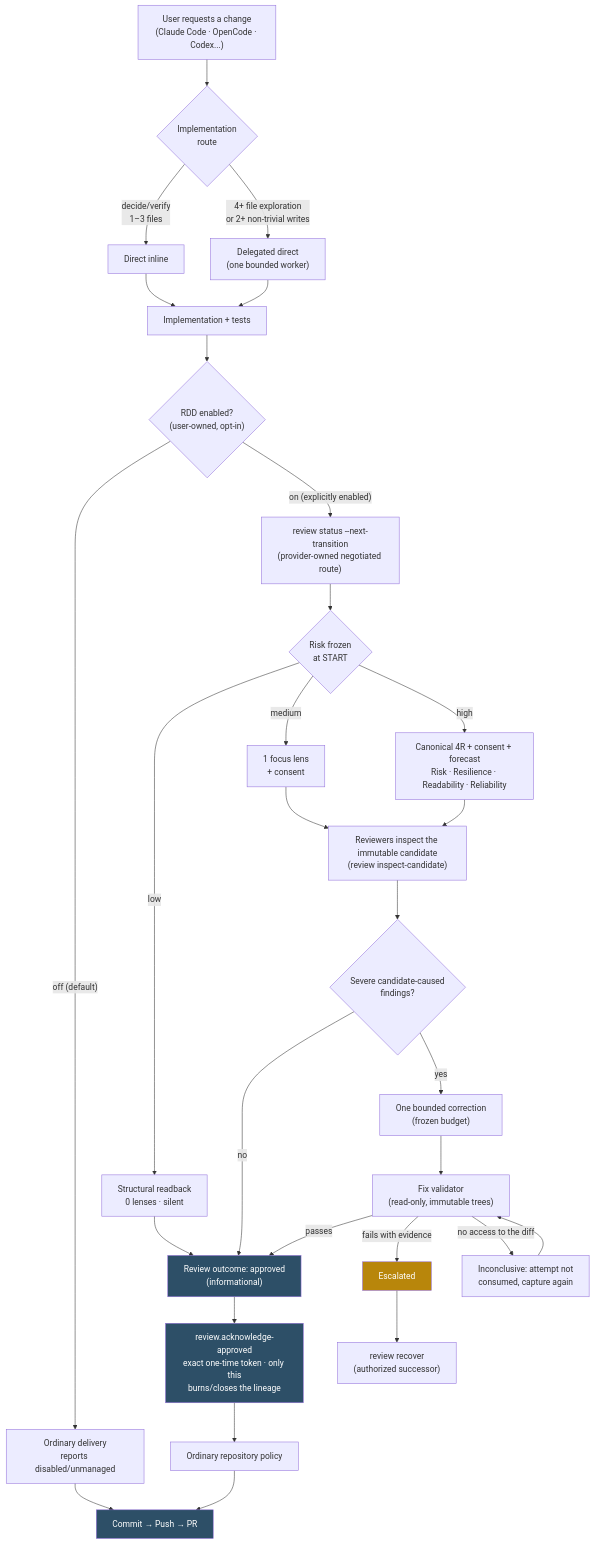
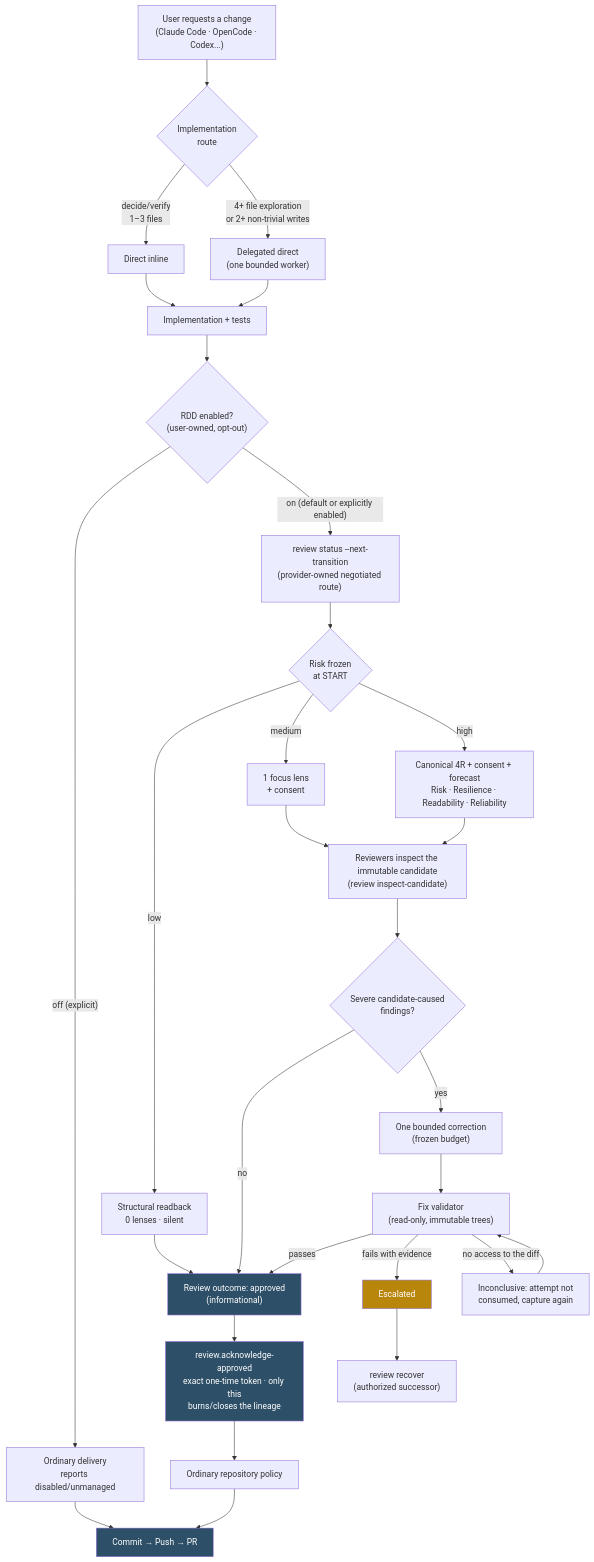
One commit to 0xErwin1/gentle-ai changed the diagram in docs/architecture/organic-rdd.md. Above: the diagram before and after it, drawn with Mermaid. The commit also changed other lines of this file and 41 other files, not shown here.

First line of the commit message:
feat(review): turn receipt-driven development on by default (#4803)

````diff
--- a/docs/architecture/organic-rdd.md
+++ b/docs/architecture/organic-rdd.md
@@ -80,36 +81,36 @@
 ```mermaid
 flowchart TD
     A["User requests a change<br/>(Claude Code · OpenCode · Codex...)"] --> B{"Implementation<br/>route"}
     B -->|"decide/verify<br/>1–3 files"| C["Direct inline"]
     B -->|"4+ file exploration<br/>or 2+ non-trivial writes"| D["Delegated direct<br/>(one bounded worker)"]
     C --> E["Implementation + tests"]
     D --> E
-    E --> F{"RDD enabled?<br/>(user-owned, opt-in)"}
-    F -->|"off (default)"| Z["Ordinary delivery<br/>reports disabled/unmanaged"]
-    F -->|"on (explicitly enabled)"| G["review status --next-transition<br/>(provider-owned negotiated route)"]
+    E --> F{"RDD enabled?<br/>(user-owned, opt-out)"}
+    F -->|"off (explicit)"| Z["Ordinary delivery<br/>reports disabled/unmanaged"]
+    F -->|"on (default or explicitly enabled)"| G["review status --next-transition<br/>(provider-owned negotiated route)"]
     G --> H{"Risk frozen<br/>at START"}
     H -->|"low"| I["Structural readback<br/>0 lenses · silent"]
     H -->|"medium"| J["1 focus lens<br/>+ consent"]
     H -->|"high"| K["Canonical 4R + consent + forecast<br/>Risk · Resilience · Readability · Reliability"]
     J --> L["Reviewers inspect the immutable candidate<br/>(review inspect-candidate)"]
     K --> L
     L --> M{"Severe candidate-caused<br/>findings?"}
     I --> N["Review outcome: approved<br/>(informational)"]
     M -->|"no"| N
     M -->|"yes"| O["One bounded correction<br/>(frozen budget)"]
     O --> P["Fix validator<br/>(read-only, immutable trees)"]
     P -->|"passes"| N
     P -->|"fails with evidence"| Q["Escalated"]
     P -->|"no access to the diff"| R["Inconclusive: attempt not<br/>consumed, capture again"]
     R --> P
     Q --> S["review recover<br/>(authorized successor)"]
     N --> AK["review.acknowledge-approved<br/>exact one-time token · only this<br/>burns/closes the lineage"]
     AK --> T["Ordinary repository policy"]
     T --> U["Commit → Push → PR"]
     Z --> U
 
     style N fill:#2D4F67,color:#fff
     style AK fill:#2D4F67,color:#fff
     style Q fill:#B8860B,color:#fff
     style U fill:#2D4F67,color:#fff
 ```
````
